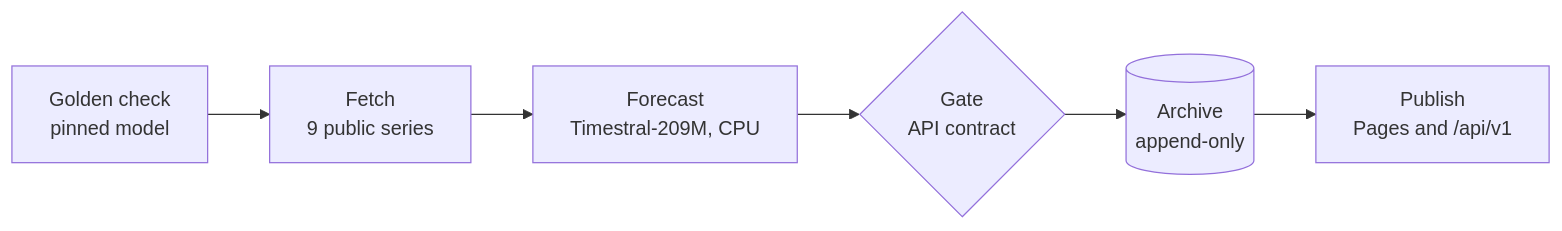
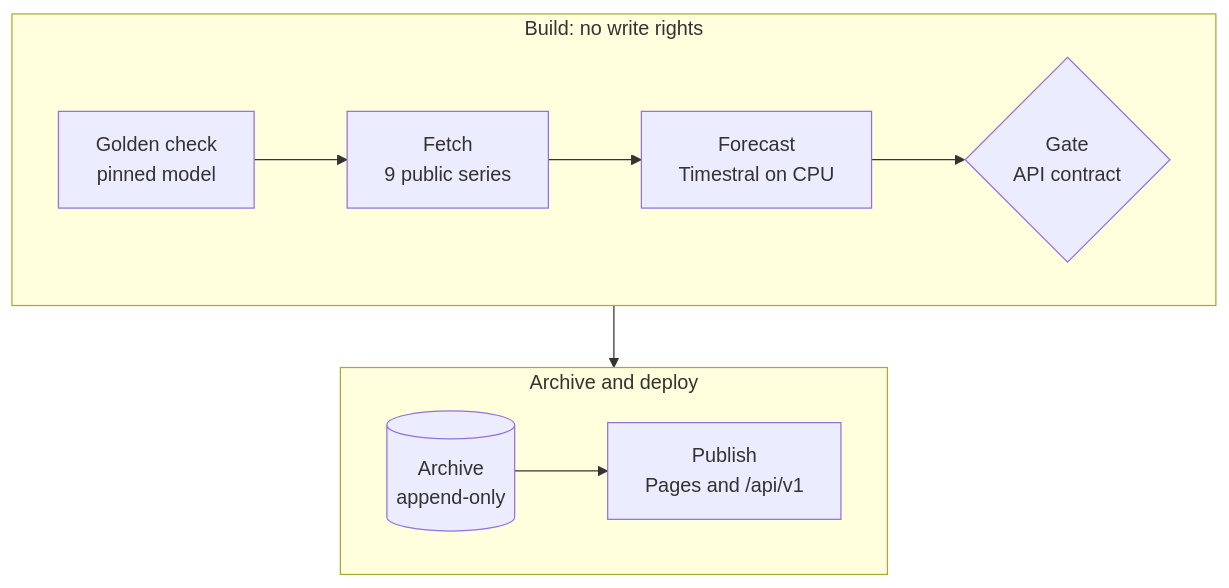
The diagram in README.md (exdsgift/aseri), drawn with Mermaid before and after one commit. The commit also changed other lines of this file, not shown here.

````diff
--- a/README.md
+++ b/README.md
@@ -89,8 +89,14 @@
 ```mermaid
-flowchart LR
-  golden["Golden check<br/>pinned model"] --> fetch["Fetch<br/>9 public series"]
-  fetch --> forecast["Forecast<br/>Timestral-209M, CPU"]
-  forecast --> gate{"Gate<br/>API contract"}
-  gate --> archive[("Archive<br/>append-only")]
-  archive --> publish["Publish<br/>Pages and /api/v1"]
+flowchart TB
+  subgraph build ["Build: no write rights"]
+    direction LR
+    golden["Golden check<br/>pinned model"] --> fetch["Fetch<br/>9 public series"]
+    fetch --> forecast["Forecast<br/>Timestral on CPU"]
+    forecast --> gate{"Gate<br/>API contract"}
+  end
+  subgraph ship ["Archive and deploy"]
+    direction LR
+    archive[("Archive<br/>append-only")] --> publish["Publish<br/>Pages and /api/v1"]
+  end
+  build --> ship
 ```
````
